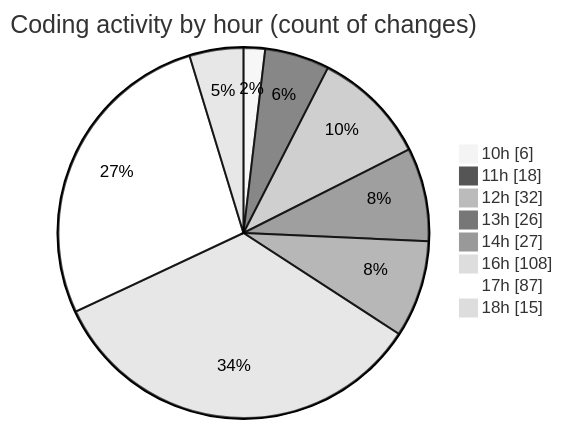
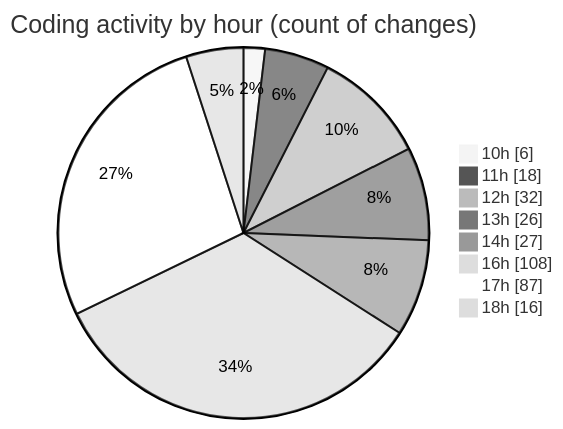
Before and after one commit to momahboobian/code-tracking: the second of 2 diagrams in 2026-09-03/cda/README.md, drawn with Mermaid (neutral theme). The commit also changed other lines of this file and 1 other file, not shown here.

````diff
--- a/2026-09-03/cda/README.md
+++ b/2026-09-03/cda/README.md
@@ -99,12 +99,12 @@
 ```mermaid
 pie showData
 title Coding activity by hour (count of changes)
 "10h" : 6
 "11h" : 18
 "12h" : 32
 "13h" : 26
 "14h" : 27
 "16h" : 108
 "17h" : 87
-"18h" : 15
+"18h" : 16
 ```
````
